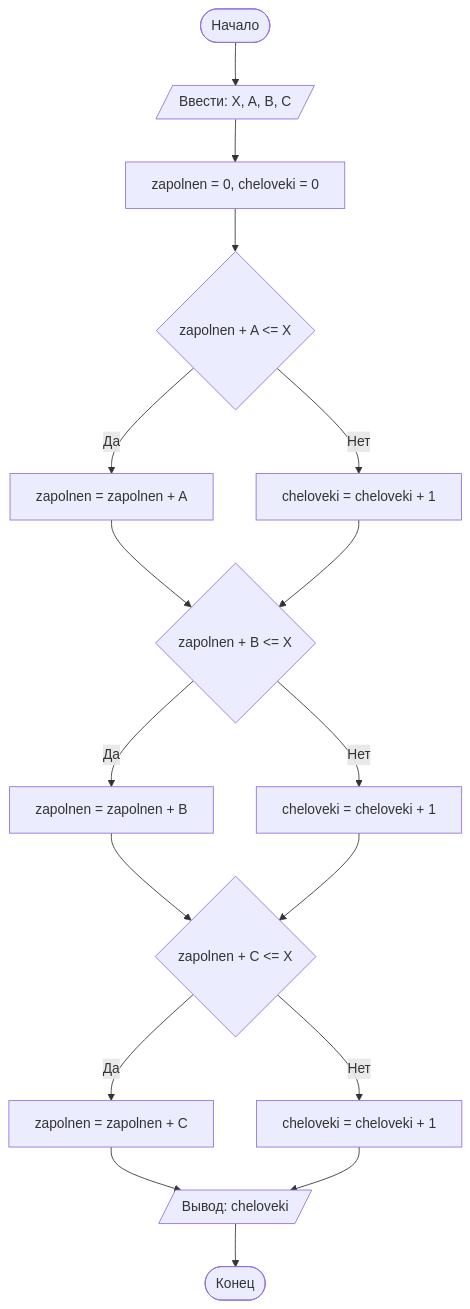
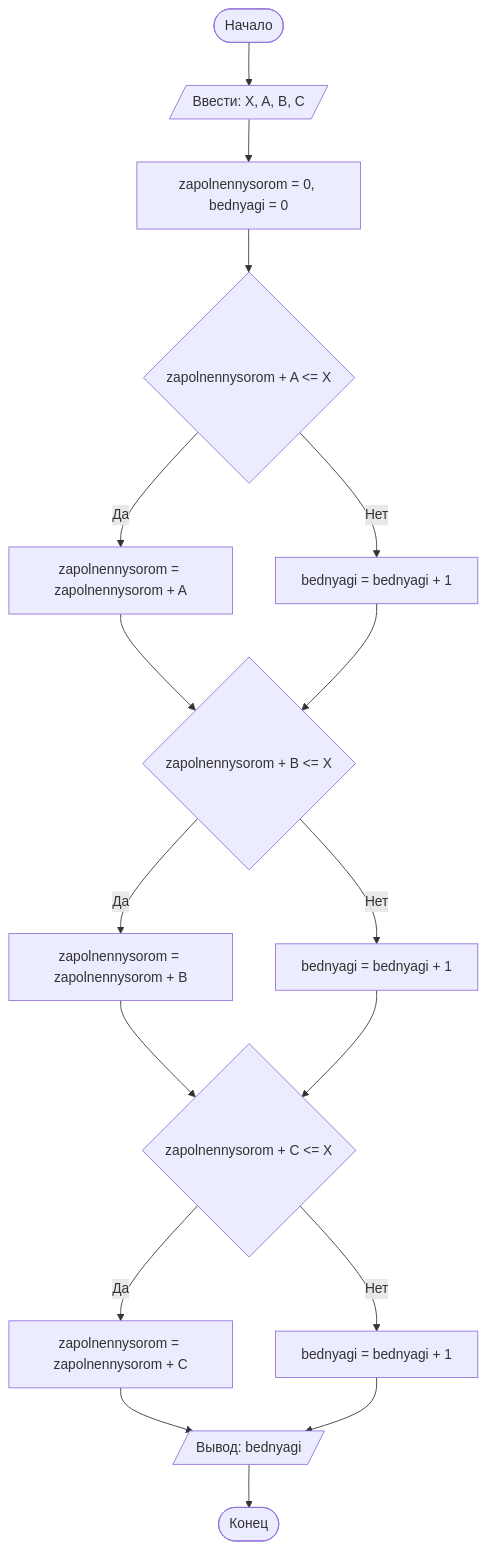
The diagram in README.md (Ekaterina-egik/lab1), drawn with Mermaid before and after one commit. The commit also changed other lines of this file, not shown here.

````diff
--- a/README.md
+++ b/README.md
@@ -71,20 +77,20 @@
 ```mermaid
 graph TD
     A([Начало]) --> B[/Ввести: X, A, B, C/]
-    B --> C[ zapolnen = 0, cheloveki = 0]
-    C --> D{zapolnen + A <= X}
-    D -- Да --> E[zapolnen = zapolnen + A]
-    D -- Нет --> F[cheloveki = cheloveki + 1]
-    E --> G{zapolnen + B <= X}
+    B --> C[ zapolnennysorom = 0, bednyagi = 0]
+    C --> D{zapolnennysorom + A <= X}
+    D -- Да --> E[zapolnennysorom = zapolnennysorom + A]
+    D -- Нет --> F[bednyagi = bednyagi + 1]
+    E --> G{zapolnennysorom + B <= X}
     F --> G
-    G -- Да --> H[zapolnen = zapolnen + B]
-    G -- Нет --> I[cheloveki = cheloveki + 1]
-    H --> J{zapolnen + C <= X}
+    G -- Да --> H[zapolnennysorom = zapolnennysorom + B]
+    G -- Нет --> I[bednyagi = bednyagi + 1]
+    H --> J{zapolnennysorom + C <= X}
     I --> J
-    J -- Да --> K[zapolnen = zapolnen + C]
-    J -- Нет --> L[cheloveki = cheloveki + 1]
-    K --> M[/Вывод: cheloveki/]
+    J -- Да --> K[zapolnennysorom = zapolnennysorom + C]
+    J -- Нет --> L[bednyagi = bednyagi + 1]
+    K --> M[/Вывод: bednyagi/]
     L --> M
     M --> Z([Конец])
 
 ```
````
